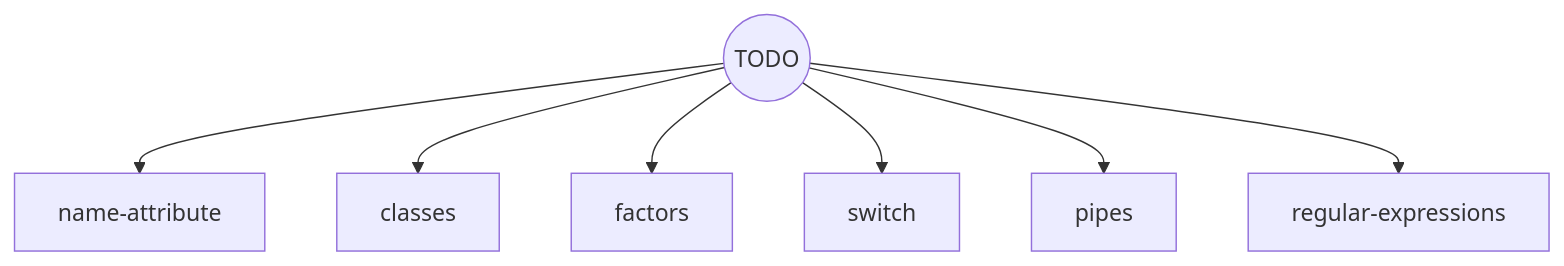
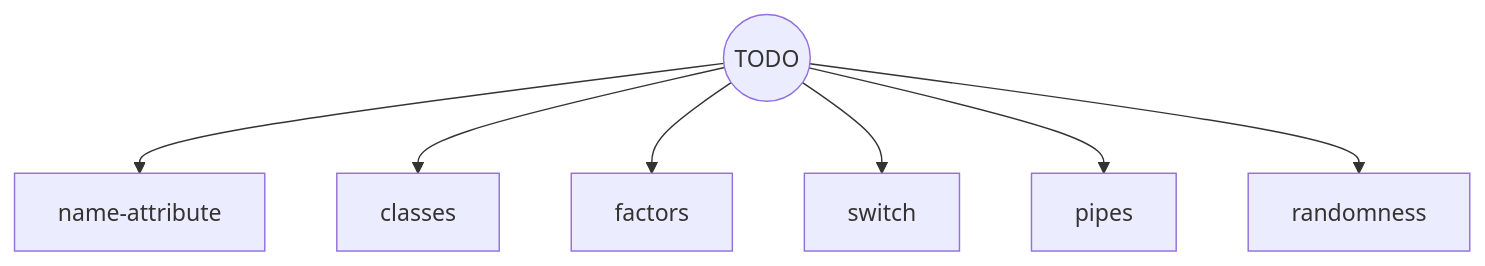
One commit to colinleach/r_concepts changed the second of 2 diagrams in flowchart.md. Above: the diagram before and after it, drawn with Mermaid. The commit also changed other lines of this file and 1 other file, not shown here.

````diff
--- a/flowchart.md
+++ b/flowchart.md
@@ -32,10 +32,10 @@
 ```mermaid
 graph TD
     
 todo(("TODO")) --> name-attribute
 todo --> classes
 todo --> factors 
 todo --> switch
 todo --> pipes
-todo --> regular-expressions
+todo --> randomness
 ```
````
